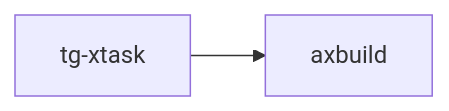
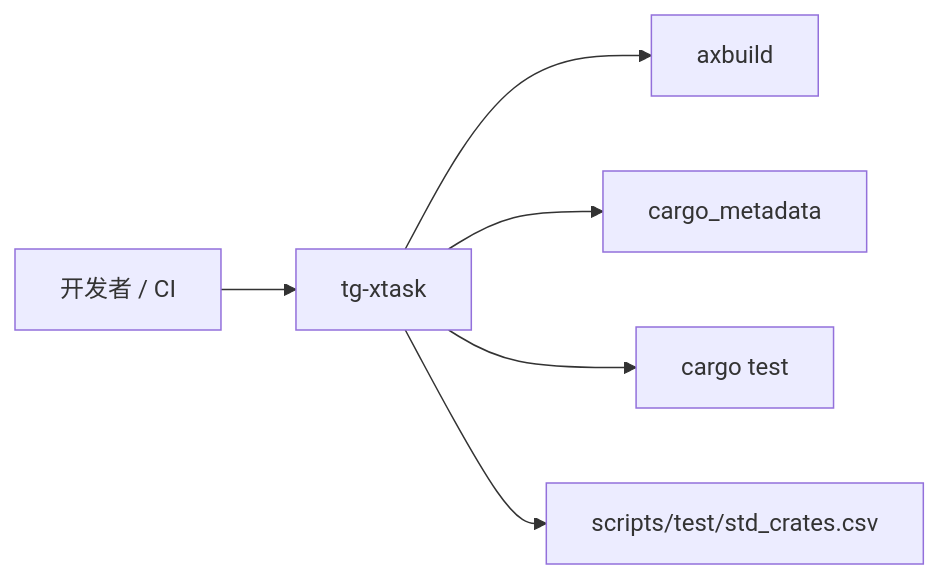
Before and after one commit to rcore-os/tgoskits: the second of 2 diagrams in docs/crates/tg-xtask.md, drawn with Mermaid. The commit also changed other lines of this file and 99 other files, not shown here.

````diff
--- a/docs/crates/tg-xtask.md
+++ b/docs/crates/tg-xtask.md
@@ -36,5 +118,8 @@
 ```mermaid
 graph LR
-    current["tg-xtask"]
-    current --> axbuild["axbuild"]
+    user["开发者 / CI"] --> xtask["tg-xtask"]
+    xtask --> axbuild["axbuild"]
+    xtask --> metadata["cargo_metadata"]
+    xtask --> cargo["cargo test"]
+    xtask --> csv["scripts/test/std_crates.csv"]
 ```
````
